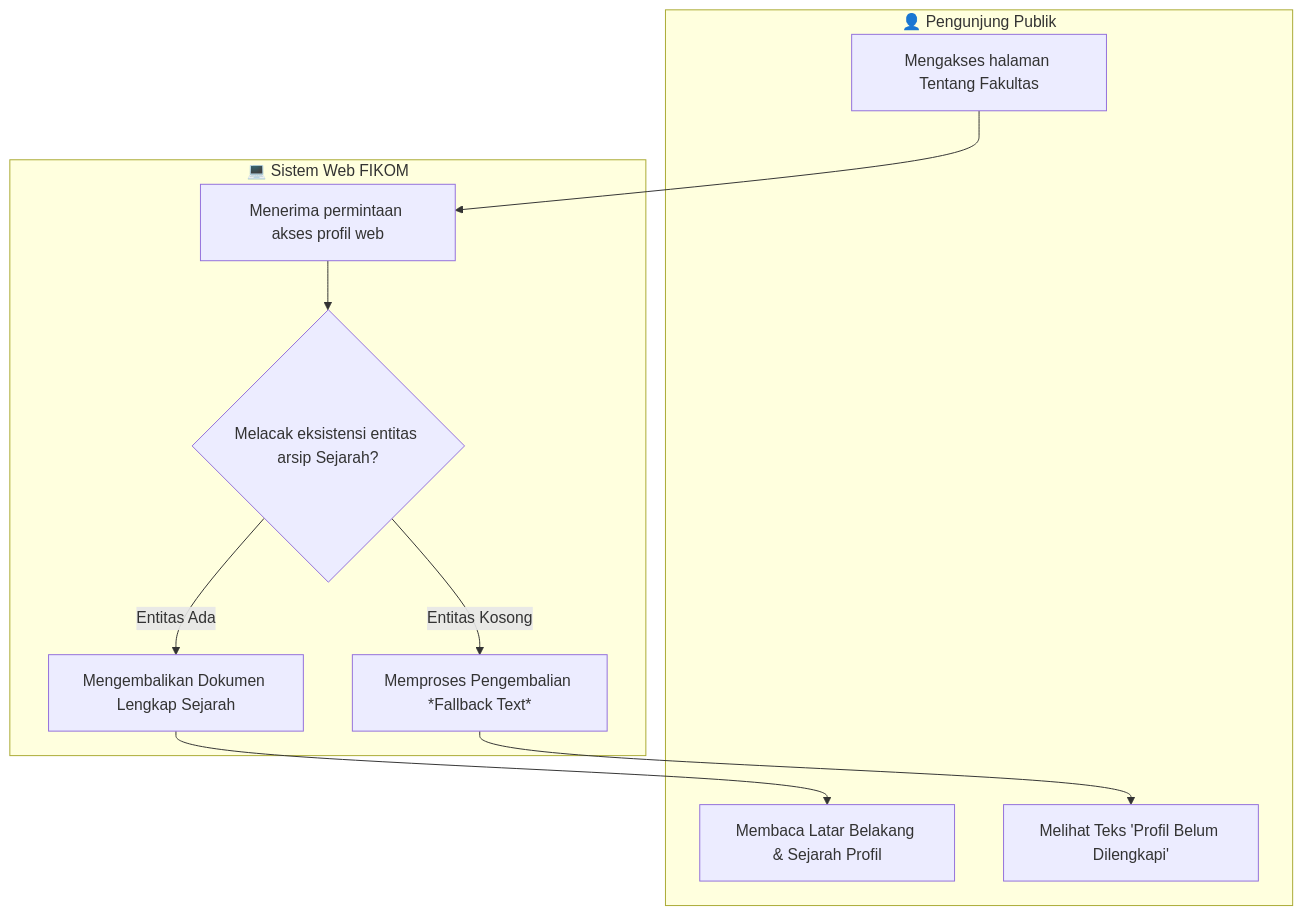
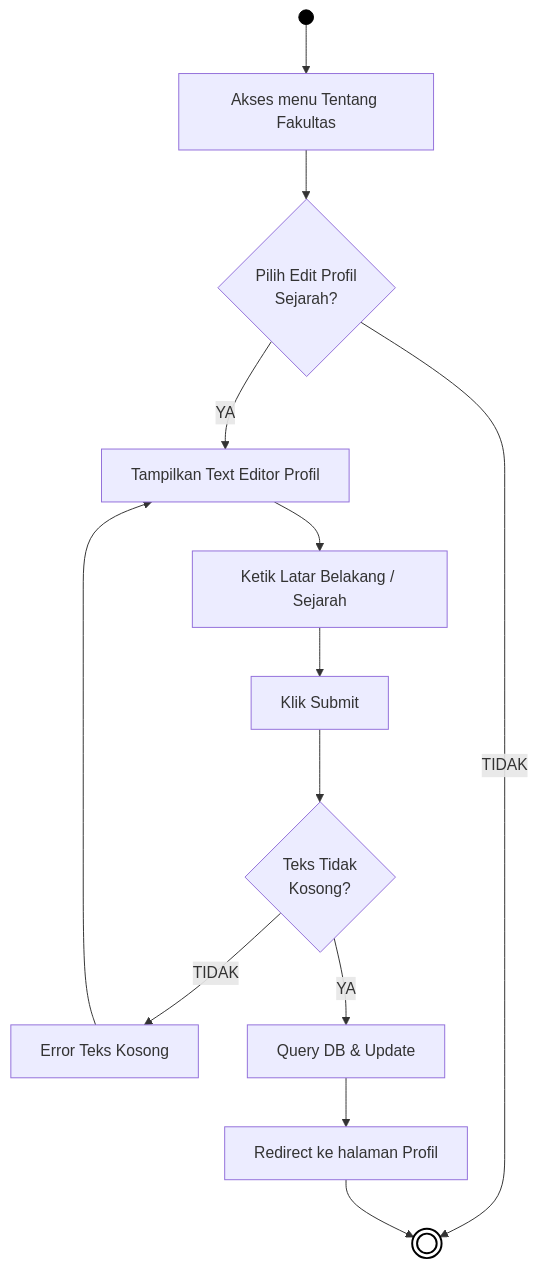
Before and after one commit to arbain-dev/Web_fikom: the fifth of 5 diagrams in docs/01_DIAGRAM_AKTIVITAS.md, drawn with Mermaid. The commit also changed other lines of this file, not shown here.

Commit message:
docs: merombak ulang 01_DIAGRAM_AKTIVITAS.md mengikuti format diagram konvensional tanpa swimlane sisi admin

````diff
--- a/docs/01_DIAGRAM_AKTIVITAS.md
+++ b/docs/01_DIAGRAM_AKTIVITAS.md
@@ -109,22 +148,22 @@
 ```mermaid
 flowchart TD
-    subgraph Pengunjung[👤 Pengunjung Publik]
-        A[Mengakses halaman Tentang Fakultas]
-        E[Membaca Latar Belakang & Sejarah Profil]
-        F[Melihat Teks 'Profil Belum Dilengkapi']
-    end
+    Start(( )) --> A[Akses menu Tentang Fakultas]
     
-    subgraph Sistem[💻 Sistem Web FIKOM]
-        B[Menerima permintaan akses profil web]
-        C{Melacak eksistensi entitas arsip Sejarah?}
-        D[Mengembalikan Dokumen Lengkap Sejarah]
-        G[Memproses Pengembalian *Fallback Text*]
-    end
-
-    A --> B
-    B --> C
-    C -- Entitas Ada --> D
-    D --> E
-    C -- Entitas Kosong --> G
-    G --> F
+    A --> B{Pilih Edit Profil\nSejarah?}
+    B -- TIDAK --> End((( )))
+    
+    B -- YA --> C[Tampilkan Text Editor Profil]
+    C --> D[Ketik Latar Belakang / Sejarah]
+    D --> E[Klik Submit]
+    E --> F{Teks Tidak\nKosong?}
+    
+    F -- TIDAK --> G[Error Teks Kosong]
+    G --> C
+    
+    F -- YA --> H[Query DB & Update]
+    H --> I[Redirect ke halaman Profil]
+    I --> End
+    
+    style Start fill:#000,stroke:#000,color:#000
+    style End fill:#fff,stroke:#000,stroke-width:2px
 ```
````
